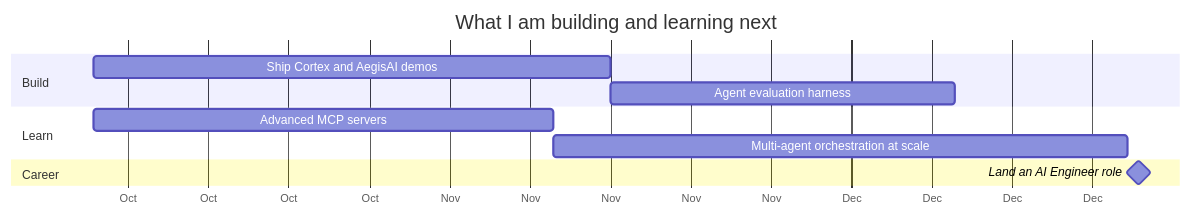
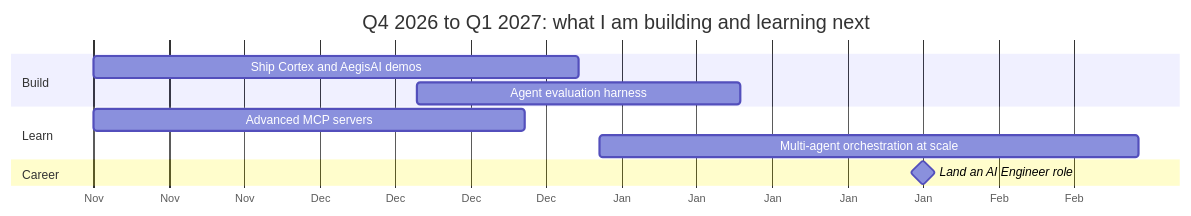
Before and after one commit to Vaibhavsable451/Vaibhavsable451: the ninth of 9 diagrams in README.md, drawn with Mermaid. The commit also changed other lines of this file, not shown here.

````diff
--- a/README.md
+++ b/README.md
@@ -619,14 +553,14 @@
 ```mermaid
 gantt
-    title What I am building and learning next
+    title Q4 2026 to Q1 2027: what I am building and learning next
     dateFormat YYYY-MM-DD
     axisFormat %b
     section Build
-    Ship Cortex and AegisAI demos        :2026-10-01, 45d
-    Agent evaluation harness             :2026-11-15, 30d
+    Ship Cortex and AegisAI demos        :2026-11-15, 45d
+    Agent evaluation harness             :2026-12-15, 30d
     section Learn
-    Advanced MCP servers                 :2026-10-01, 40d
-    Multi-agent orchestration at scale   :2026-11-10, 50d
+    Advanced MCP servers                 :2026-11-15, 40d
+    Multi-agent orchestration at scale   :2027-01-01, 50d
     section Career
-    Land an AI Engineer role             :milestone, 2026-12-31, 0d
+    Land an AI Engineer role             :milestone, 2027-01-31, 0d
 ```
````
